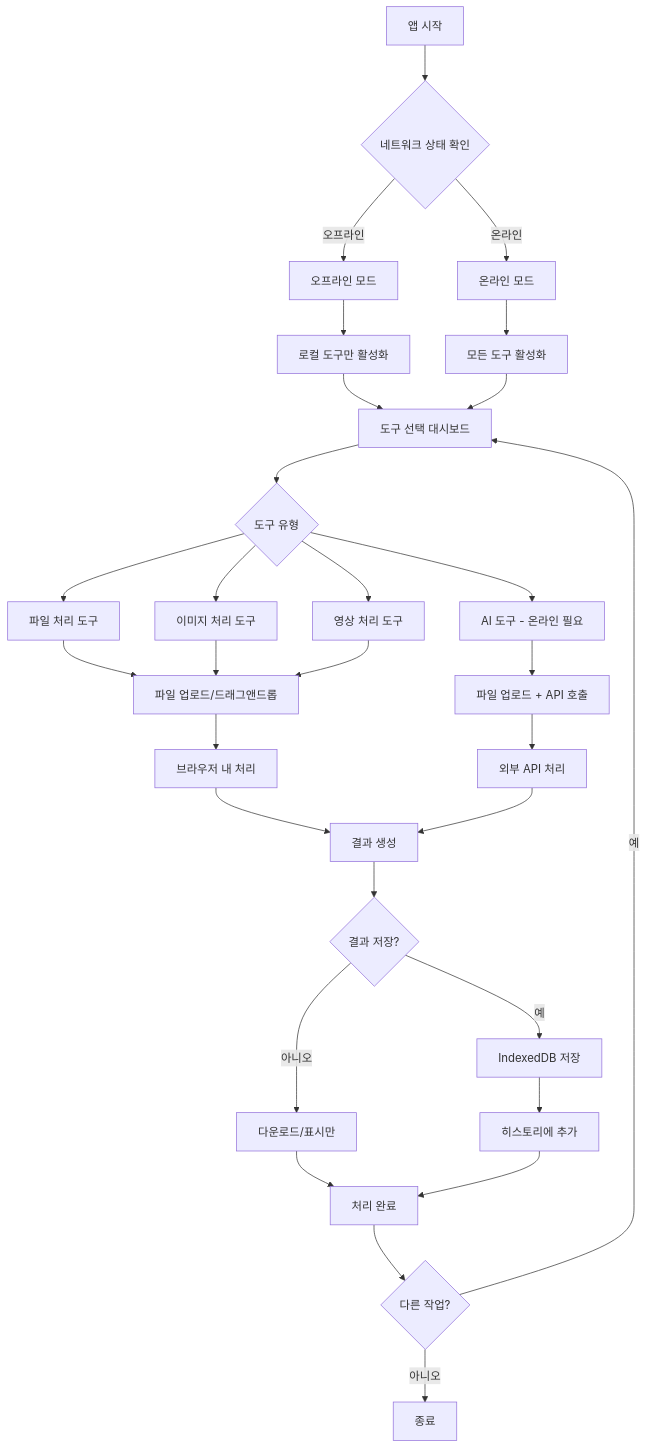
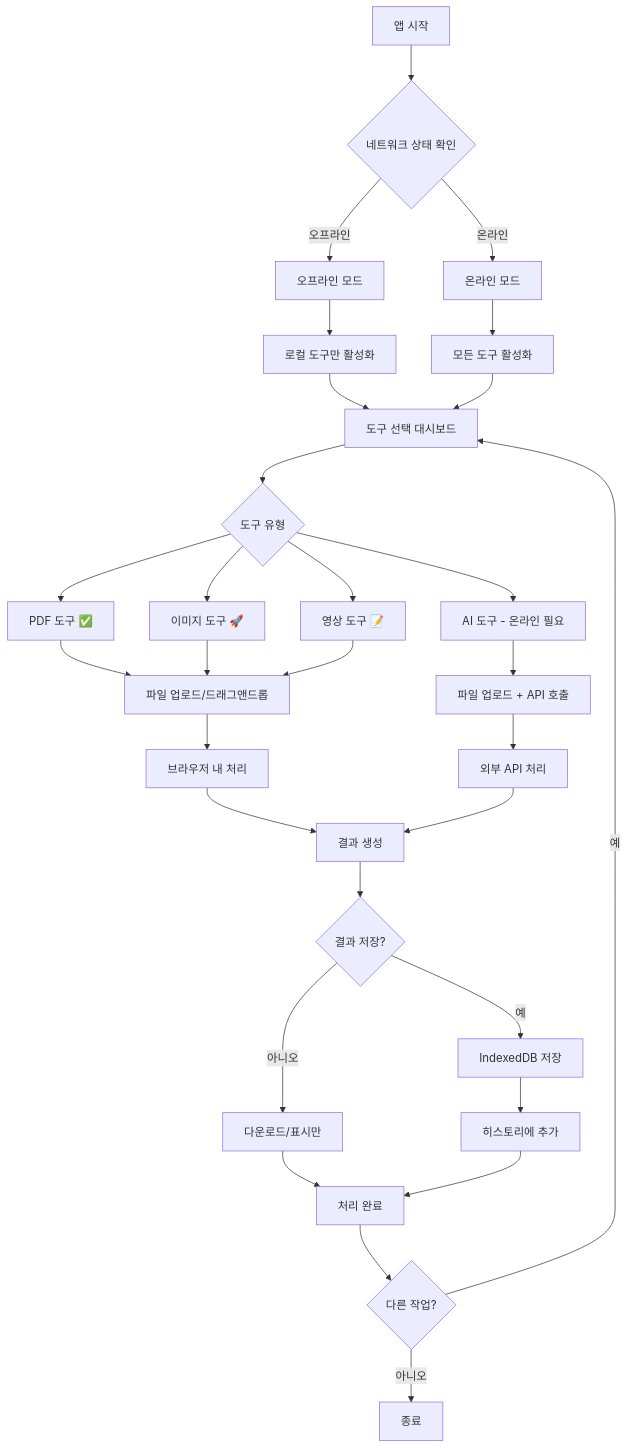
The fourth of 5 diagrams in docs/개발계획.md (jsjj10002/Tools), drawn with Mermaid before and after one commit. The commit also changed other lines of this file and 1 other file, not shown here.

Commit message:
docs: 프로젝트 문서 업데이트 - PDF 도구 완성 반영, Phase 2 50% 진행률 업데이트

````diff
--- a/docs/개발계획.md
+++ b/docs/개발계획.md
@@ -373,42 +452,42 @@
 ```mermaid
 graph TD
     A[앱 시작] --> B{네트워크 상태 확인}
     B --> |오프라인| C[오프라인 모드]
     B --> |온라인| D[온라인 모드]
     
     C --> E[로컬 도구만 활성화]
     D --> F[모든 도구 활성화]
     
     E --> G[도구 선택 대시보드]
     F --> G
     
     G --> H{도구 유형}
     
-    H --> I[파일 처리 도구]
-    H --> J[이미지 처리 도구]
-    H --> K[영상 처리 도구]
+    H --> I[PDF 도구 ✅]
+    H --> J[이미지 도구 🚀]
+    H --> K[영상 도구 📝]
     H --> L[AI 도구 - 온라인 필요]
     
     I --> M[파일 업로드/드래그앤드롭]
     J --> M
     K --> M
     L --> N[파일 업로드 + API 호출]
     
     M --> O[브라우저 내 처리]
     N --> P[외부 API 처리]
     
     O --> Q[결과 생성]
     P --> Q
     
     Q --> R{결과 저장?}
     R --> |예| S[IndexedDB 저장]
     R --> |아니오| T[다운로드/표시만]
     
     S --> U[히스토리에 추가]
     T --> V[처리 완료]
     U --> V
     
     V --> W{다른 작업?}
     W --> |예| G
     W --> |아니오| X[종료]
 ```
````
